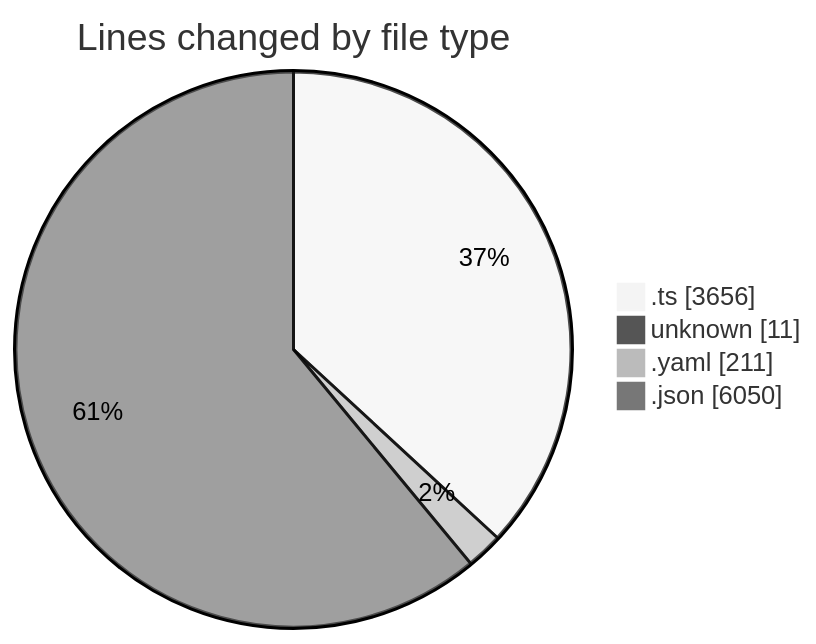
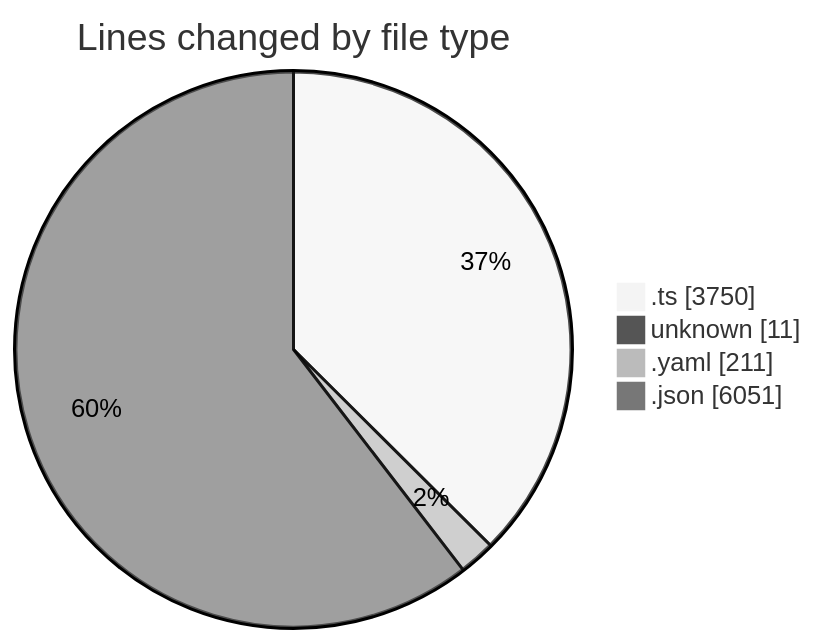
Before and after one commit to mevix1/code-tracking: the first of 2 diagrams in 2025-10-01/oura-api/README.md, drawn with Mermaid (neutral theme). The commit also changed other lines of this file and 1 other file, not shown here.

````diff
--- a/2025-10-01/oura-api/README.md
+++ b/2025-10-01/oura-api/README.md
@@ -51,8 +52,8 @@
 ```mermaid
 pie showData
 title Lines changed by file type
-".ts" : 3656
+".ts" : 3750
 "unknown" : 11
 ".yaml" : 211
-".json" : 6050
+".json" : 6051
 ```
````
